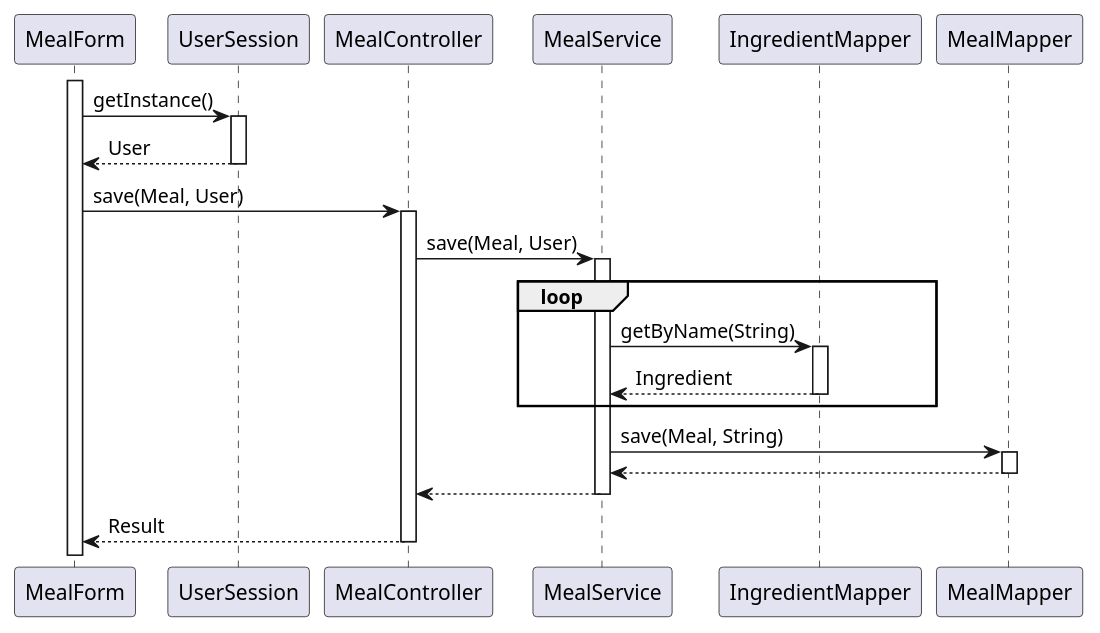
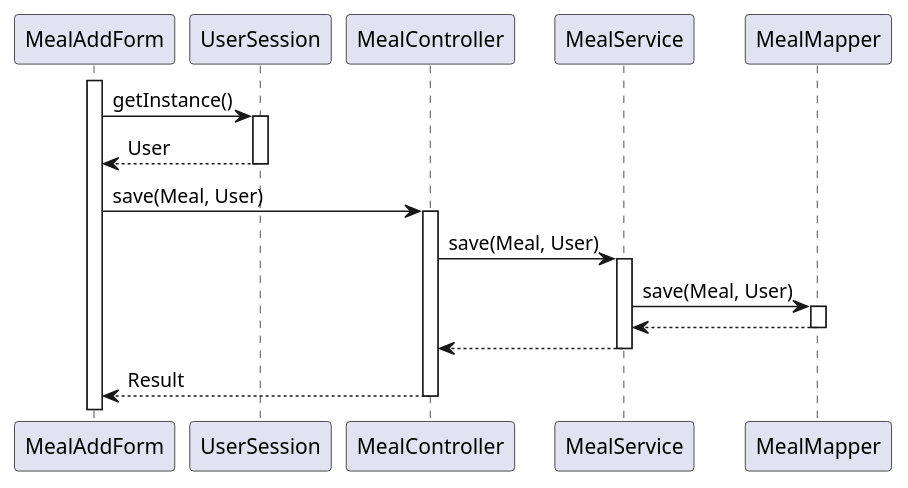
One commit to leidZhang/Nutrifit changed the diagram in doc/seq/saveMeal.puml. Above: the diagram before and after it, drawn with PlantUML. The commit also changed 35 other files, not shown here.

Commit message:
sequence diagrams

```diff
--- a/doc/seq/saveMeal.puml
+++ b/doc/seq/saveMeal.puml
@@ -1,33 +1,26 @@
 @startuml
-activate MealForm
-MealForm -> UserSession: getInstance()
+activate MealAddForm
+MealAddForm -> UserSession: getInstance()
 activate UserSession
-UserSession --> MealForm: User
+UserSession --> MealAddForm: User
 deactivate UserSession
 
-MealForm -> MealController : save(Meal, User)
+MealAddForm -> MealController : save(Meal, User)
 activate MealController
 
 MealController -> MealService: save(Meal, User)
 activate MealService
 
-loop
-MealService -> IngredientMapper: getByName(String)
-activate IngredientMapper
-IngredientMapper --> MealService: Ingredient
-deactivate IngredientMapper
-end
-
-MealService -> MealMapper: save(Meal, String)
+MealService -> MealMapper: save(Meal, User)
 activate MealMapper
 
 MealMapper --> MealService:
 deactivate MealMapper
 
 MealService --> MealController:
 deactivate MealService
 
-MealController --> MealForm: Result
+MealController --> MealAddForm: Result
 deactivate MealController
 
 @enduml
```
